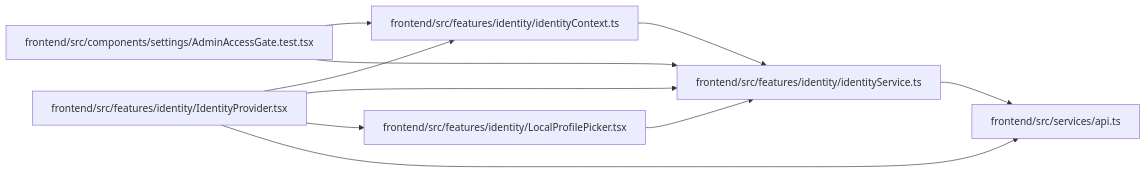
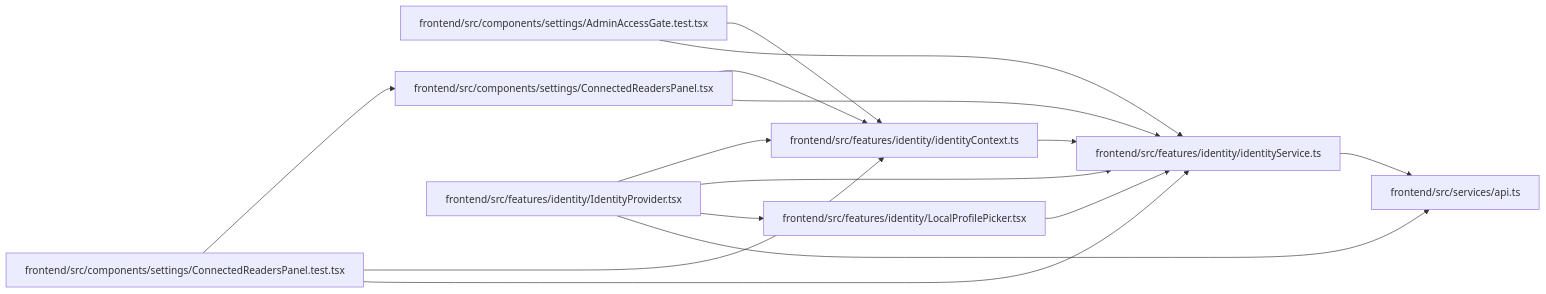
The diagram in docs/llm_wiki/modules/identityService.md (Denissvgn/WorkChord), drawn with Mermaid before and after one commit. The commit also changed other lines of this file and 1048 other files, not shown here.

````diff
--- a/docs/llm_wiki/modules/identityService.md
+++ b/docs/llm_wiki/modules/identityService.md
@@ -27,24 +27,33 @@
 ```mermaid
 flowchart LR
     n0["frontend/src/components/settings/AdminAccessGate.test.tsx"]
-    n1["frontend/src/features/identity/identityContext.ts"]
-    n2["frontend/src/features/identity/IdentityProvider.tsx"]
-    n3["frontend/src/features/identity/identityService.ts"]
-    n4["frontend/src/features/identity/LocalProfilePicker.tsx"]
-    n5["frontend/src/services/api.ts"]
-    n0 --> n1
+    n1["frontend/src/components/settings/ConnectedReadersPanel.test.tsx"]
+    n2["frontend/src/components/settings/ConnectedReadersPanel.tsx"]
+    n3["frontend/src/features/identity/identityContext.ts"]
+    n4["frontend/src/features/identity/IdentityProvider.tsx"]
+    n5["frontend/src/features/identity/identityService.ts"]
+    n6["frontend/src/features/identity/LocalProfilePicker.tsx"]
+    n7["frontend/src/services/api.ts"]
     n0 --> n3
+    n0 --> n5
+    n1 --> n2
     n1 --> n3
-    n2 --> n1
+    n1 --> n5
     n2 --> n3
-    n2 --> n4
     n2 --> n5
     n3 --> n5
     n4 --> n3
+    n4 --> n5
+    n4 --> n6
+    n4 --> n7
+    n5 --> n7
+    n6 --> n5
     click n0 "../modules/AdminAccessGate.test.md"
-    click n1 "../modules/identityContext.md"
-    click n2 "../modules/IdentityProvider.md"
-    click n3 "../modules/identityService.md"
-    click n4 "../modules/LocalProfilePicker.md"
-    click n5 "../modules/api.md"
+    click n1 "../modules/ConnectedReadersPanel.test.md"
+    click n2 "../modules/ConnectedReadersPanel.md"
+    click n3 "../modules/identityContext.md"
+    click n4 "../modules/IdentityProvider.md"
+    click n5 "../modules/identityService.md"
+    click n6 "../modules/LocalProfilePicker.md"
+    click n7 "../modules/api.md"
 ```
````
